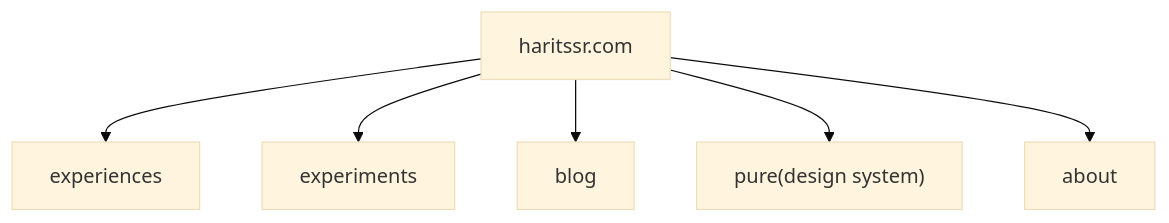
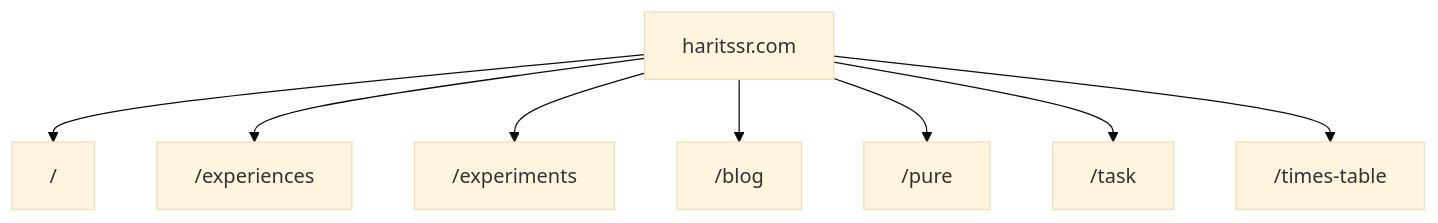
The diagram in README.md (haritssr/haritssr), drawn with Mermaid (base theme) before and after one commit. The commit also changed other lines of this file and 1 other file, not shown here.

````diff
--- a/README.md
+++ b/README.md
@@ -11,9 +14,12 @@
 ```mermaid
+%%{init: {'flowchart': {'curve': 'basis'}} }%%
 graph TD
   haritssr["haritssr.com"]
-  haritssr --> experiences["experiences"]
-  haritssr --> experiments["experiments"]
-  haritssr --> blog["blog"]
-  haritssr --> pure["pure(design system)"]
-  haritssr --> about["about"]
+  haritssr --> home["/"]
+  haritssr --> experiences["/experiences"]
+  haritssr --> experiments["/experiments"]
+  haritssr --> blog["/blog"]
+  haritssr --> pure["/pure"]
+  haritssr --> task["/task"]
+  haritssr --> timestable["/times-table"]
 ```
````
